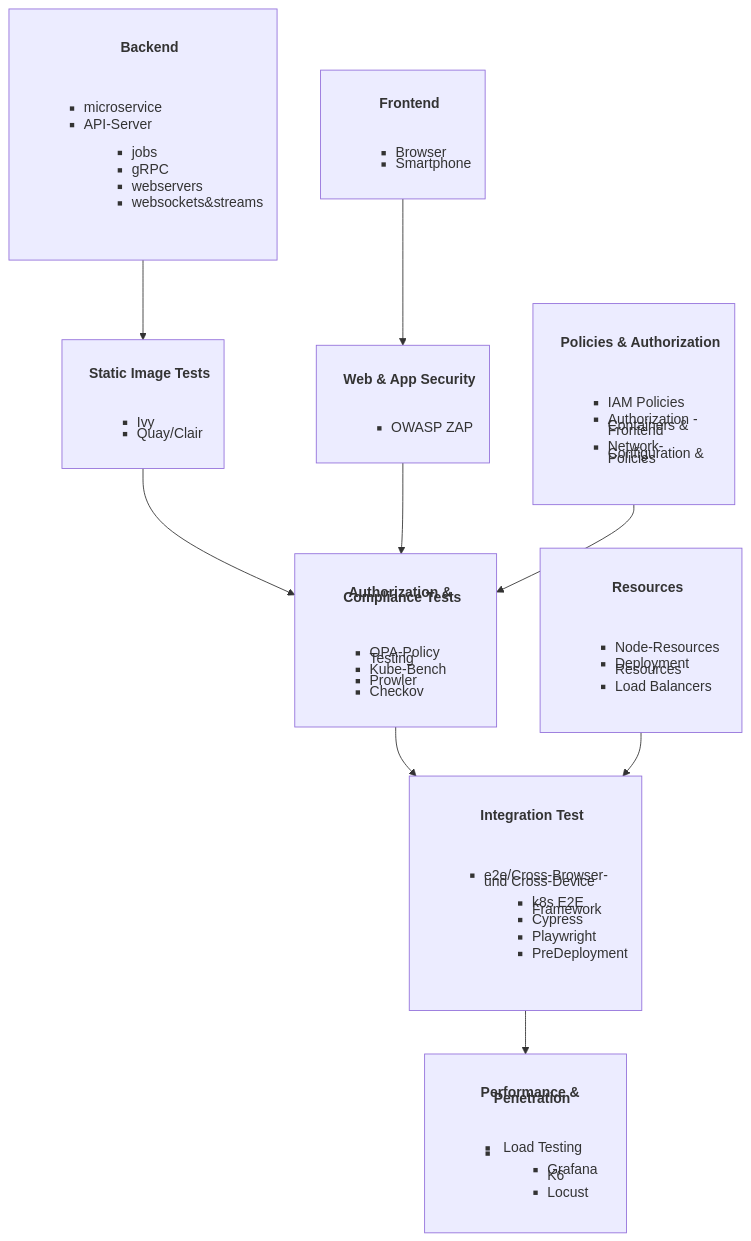
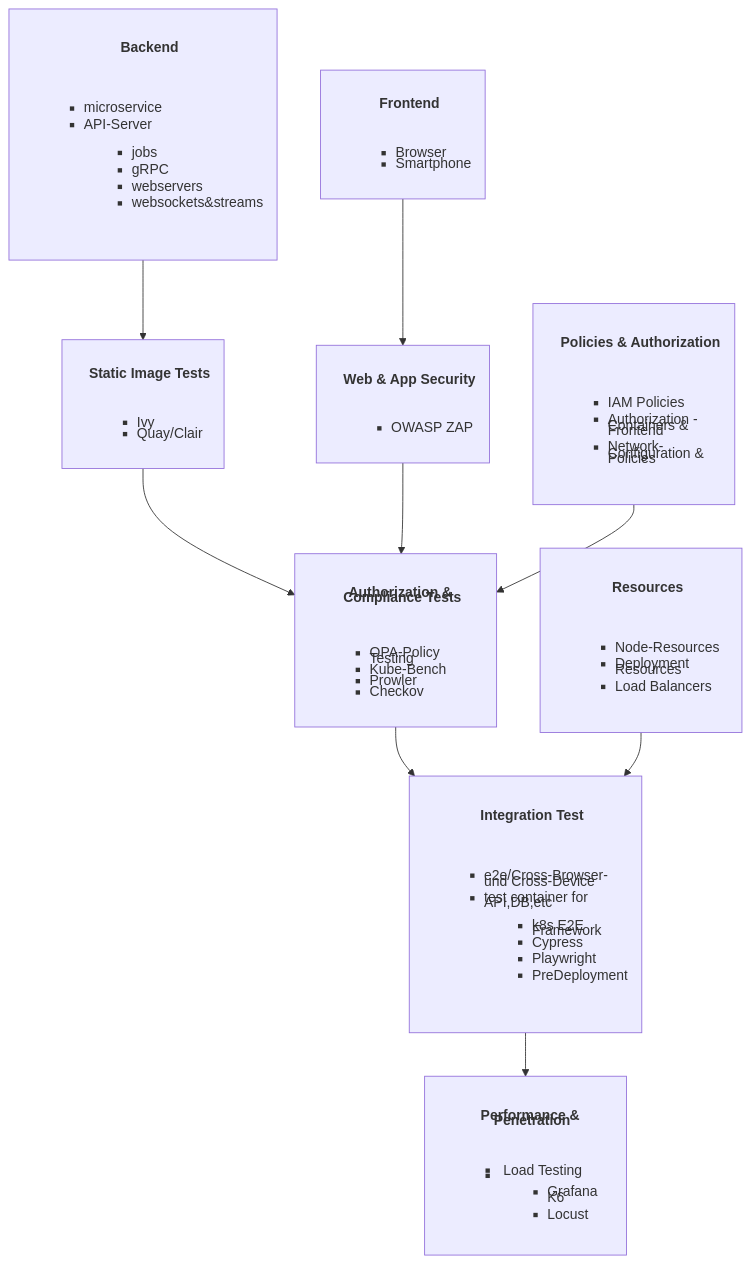
One commit to ji-podhead/DevOps changed the diagram in readme.md. Above: the diagram before and after it, drawn with Mermaid. The commit also changed other lines of this file, not shown here.

```diff
--- a/readme.md
+++ b/readme.md
@@ -112,6 +195,7 @@
 		<h4>Integration Test</h4>
 		<ul style="text-align: left;margin-left: 15px;list-style: square; line-height: 0.4;"> 
 		<li>e2e/Cross-Browser- und Cross-Device</li>
+		<li>test container for API,DB,etc</li>
 		<ul style="text-align: left;margin-left: 15px;list-style: square; line-height: 0.4;"> 
 <li>k8s E2E Framework</li>
 <li>Cypress</li>
```
